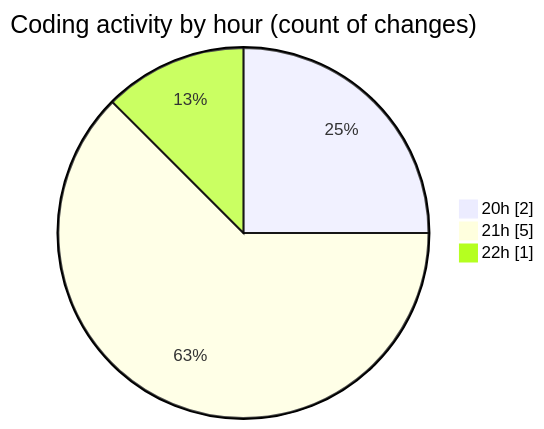
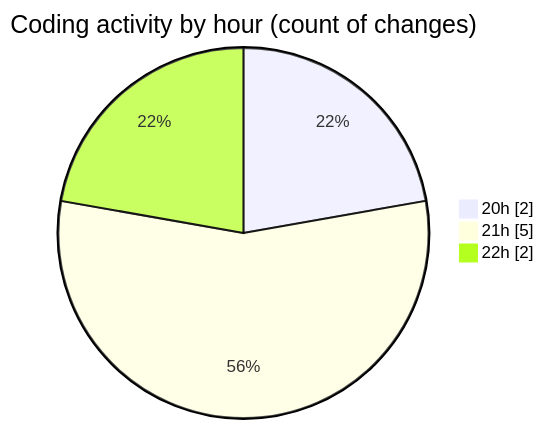
Before and after one commit to hasnaa123/code-tracking: the second of 2 diagrams in 2025-12-23/technologie_web/README.md, drawn with Mermaid. The commit also changed other lines of this file and 1 other file, not shown here.

````diff
--- a/2025-12-23/technologie_web/README.md
+++ b/2025-12-23/technologie_web/README.md
@@ -28,7 +28,7 @@
 ```mermaid
 pie showData
 title Coding activity by hour (count of changes)
 "20h" : 2
 "21h" : 5
-"22h" : 1
+"22h" : 2
 ```
````
